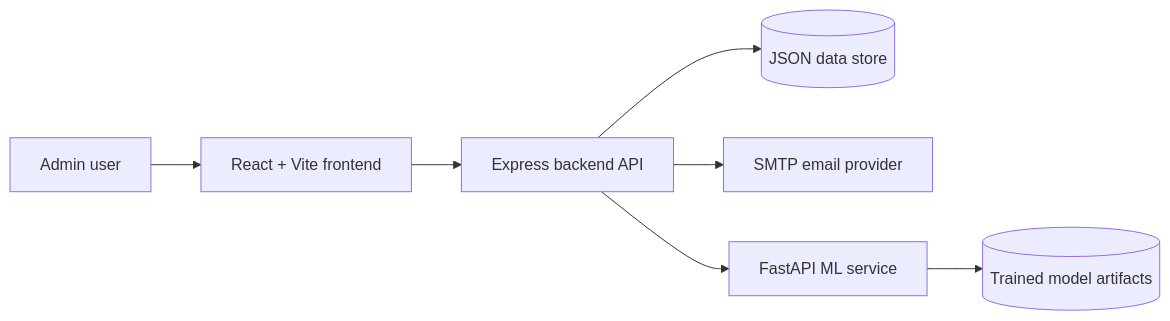
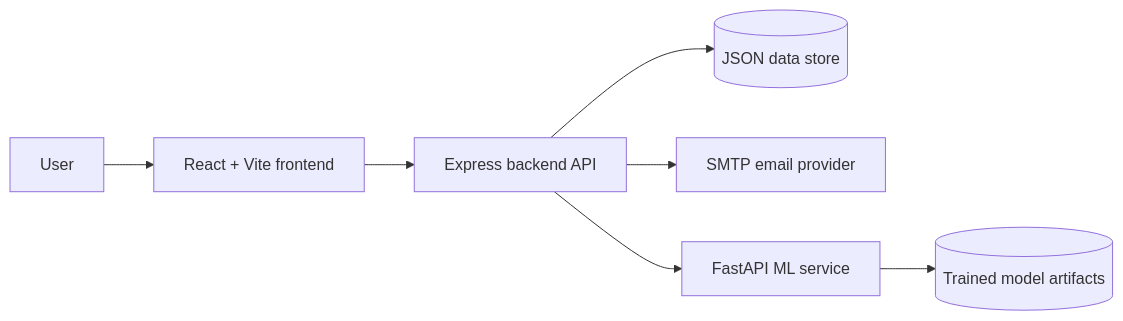
The diagram in README.md (Rehobotw/telecom-churn-prediction-platform), drawn with Mermaid before and after one commit. The commit also changed other lines of this file and 13 other files, not shown here.

````diff
--- a/README.md
+++ b/README.md
@@ -7,9 +7,9 @@
 ```mermaid
 flowchart LR
-  User[Admin user] --> Frontend[React + Vite frontend]
+  User[User] --> Frontend[React + Vite frontend]
   Frontend --> Backend[Express backend API]
   Backend --> Data[(JSON data store)]
   Backend --> Mail[SMTP email provider]
   Backend --> ML[FastAPI ML service]
   ML --> Models[(Trained model artifacts)]
 ```
````
